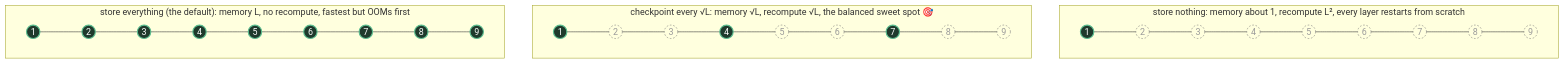
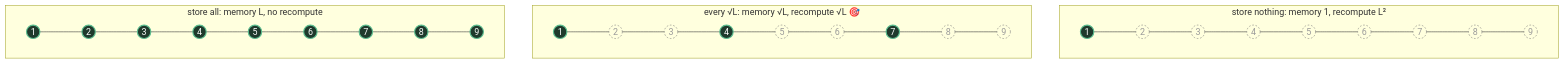
Before and after one commit to yaojiejia/mynotes: the sixth of 6 diagrams in mynotes/cs336/2. Resource Accounting.md, drawn with Mermaid. The commit also changed other lines of this file and 8 other files, not shown here.

````diff
--- a/mynotes/cs336/2. Resource Accounting.md
+++ b/mynotes/cs336/2. Resource Accounting.md
@@ -476,21 +405,21 @@
 ```mermaid
 flowchart LR
-    subgraph A ["store everything (the default): memory L, no recompute, fastest but OOMs first"]
+    subgraph A ["store all: memory L, no recompute"]
         direction LR
         a1(("1")) --- a2(("2")) --- a3(("3")) --- a4(("4")) --- a5(("5")) --- a6(("6")) --- a7(("7")) --- a8(("8")) --- a9(("9"))
     end
-    subgraph B ["checkpoint every √L: memory √L, recompute √L, the balanced sweet spot 🎯"]
+    subgraph B ["every √L: memory √L, recompute √L 🎯"]
         direction LR
         b1(("1")) --- b2(("2")) --- b3(("3")) --- b4(("4")) --- b5(("5")) --- b6(("6")) --- b7(("7")) --- b8(("8")) --- b9(("9"))
     end
-    subgraph C ["store nothing: memory about 1, recompute L², every layer restarts from scratch"]
+    subgraph C ["store nothing: memory 1, recompute L²"]
         direction LR
         c1(("1")) --- c2(("2")) --- c3(("3")) --- c4(("4")) --- c5(("5")) --- c6(("6")) --- c7(("7")) --- c8(("8")) --- c9(("9"))
     end
     A ~~~ B ~~~ C
 
     classDef kept fill:#1f3a2c,stroke:#5bbd8f,stroke-width:2px,color:#fff
     classDef drop fill:none,stroke:#777,stroke-dasharray:3 3,color:#999
     class a1,a2,a3,a4,a5,a6,a7,a8,a9,b1,b4,b7,c1 kept
     class b2,b3,b5,b6,b8,b9,c2,c3,c4,c5,c6,c7,c8,c9 drop
 ```
````
